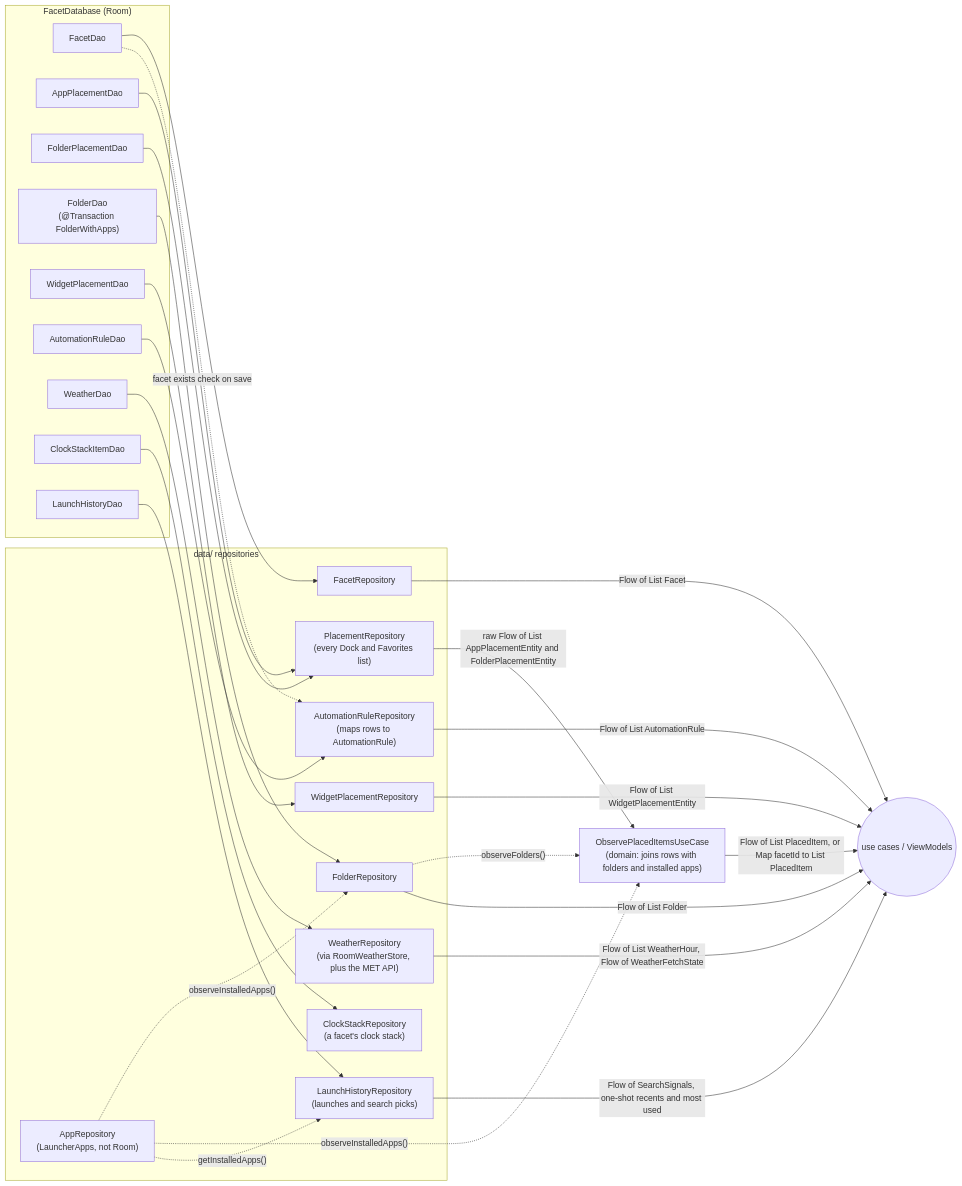
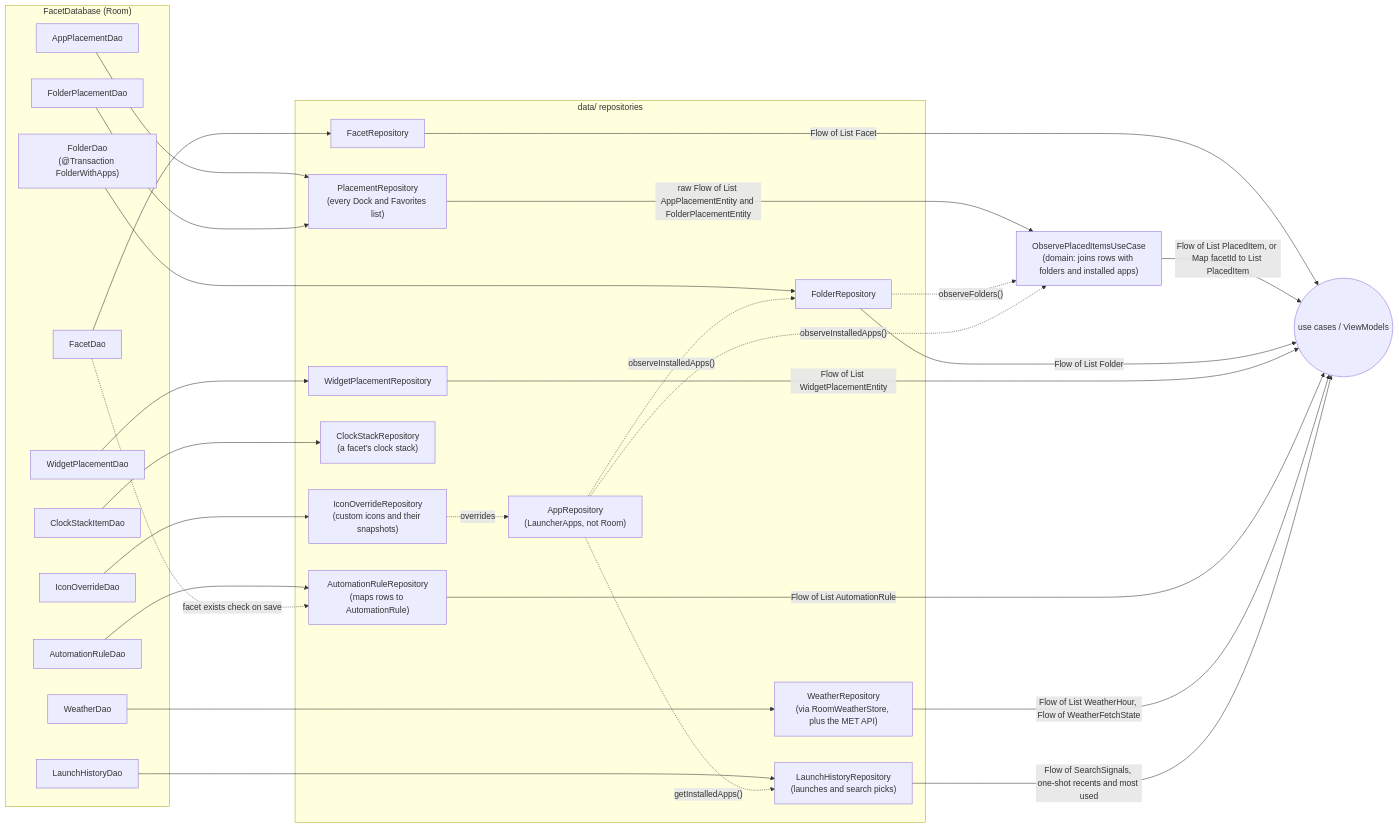
Before and after one commit to rohitganjam/facet-launcher: the second of 3 diagrams in docs/architecture/02-persistence-room.md, drawn with Mermaid. The commit also changed other lines of this file and 57 other files, not shown here.

First line of the commit message:
Add custom app icons from the long-press menu

````diff
--- a/docs/architecture/02-persistence-room.md
+++ b/docs/architecture/02-persistence-room.md
@@ -252,51 +267,55 @@
 ```mermaid
 flowchart LR
     subgraph DB["FacetDatabase (Room)"]
         FD[FacetDao]
         APD[AppPlacementDao]
         FPD[FolderPlacementDao]
         FOD["FolderDao\n(@Transaction FolderWithApps)"]
         WPD[WidgetPlacementDao]
         ARD[AutomationRuleDao]
         WTD[WeatherDao]
         CSD[ClockStackItemDao]
         LHD[LaunchHistoryDao]
+        IOD[IconOverrideDao]
     end
 
     subgraph REPO["data/ repositories"]
         FR[FacetRepository]
         PR["PlacementRepository\n(every Dock and Favorites list)"]
         FOR[FolderRepository]
         WPR[WidgetPlacementRepository]
         ARR["AutomationRuleRepository\n(maps rows to AutomationRule)"]
         WTR["WeatherRepository\n(via RoomWeatherStore, plus the MET API)"]
         CSR["ClockStackRepository\n(a facet's clock stack)"]
         LHR["LaunchHistoryRepository\n(launches and search picks)"]
+        IOR["IconOverrideRepository\n(custom icons and their snapshots)"]
         AR["AppRepository\n(LauncherApps, not Room)"]
     end
 
     FD --> FR
     APD --> PR
     FPD --> PR
     FOD --> FOR
     WPD --> WPR
     ARD --> ARR
     WTD --> WTR
     CSD --> CSR
     LHD --> LHR
+    IOD --> IOR
+    IOR -. "overrides" .-> AR
     FD -. "facet exists check on save" .-> ARR
 
     AR -. "observeInstalledApps()" .-> FOR
 
     FR -- "Flow of List Facet" --> OUT((use cases / ViewModels))
     PR -- "raw Flow of List AppPlacementEntity and FolderPlacementEntity" --> OPI["ObservePlacedItemsUseCase\n(domain: joins rows with folders and installed apps)"]
     FOR -. "observeFolders()" .-> OPI
     AR -. "observeInstalledApps()" .-> OPI
     OPI -- "Flow of List PlacedItem, or Map facetId to List PlacedItem" --> OUT
     FOR -- "Flow of List Folder" --> OUT
     WPR -- "Flow of List WidgetPlacementEntity" --> OUT
     ARR -- "Flow of List AutomationRule" --> OUT
     WTR -- "Flow of List WeatherHour, Flow of WeatherFetchState" --> OUT
     LHR -- "Flow of SearchSignals, one-shot recents and most used" --> OUT
     AR -. "getInstalledApps()" .-> LHR
 ```
````
